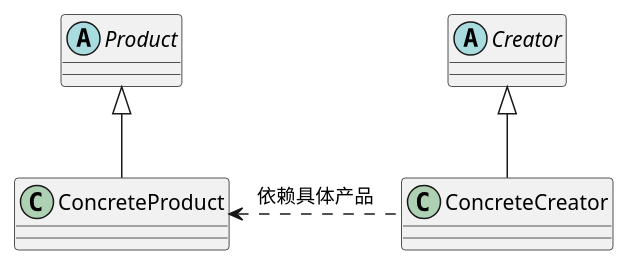
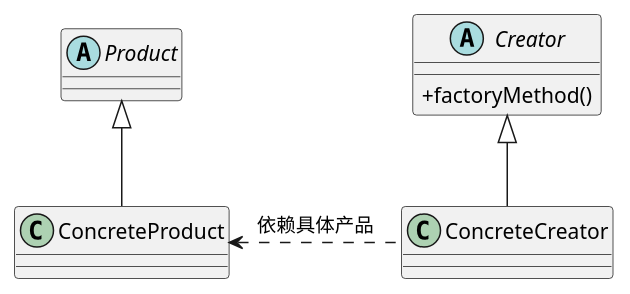
Before and after one commit to gorden5566/demo: the diagram in src/main/java/com/gorden5566/learn/pattern/manual/factory/factoryMethod/factoryMethod.puml, drawn with PlantUML. The commit also changed 1 other file, not shown here.

Commit message:
factory类图

```diff
--- a/src/main/java/com/gorden5566/learn/pattern/manual/factory/factoryMethod/factoryMethod.puml
+++ b/src/main/java/com/gorden5566/learn/pattern/manual/factory/factoryMethod/factoryMethod.puml
@@ -1,14 +1,17 @@
 @startuml
+skinparam classAttributeIconSize 0
 
-abstract class Creator
+abstract class Creator {
+    +factoryMethod()
+}
 abstract class Product
 
 class ConcreteCreator
 class ConcreteProduct
 
 ConcreteCreator -up-|> Creator
 ConcreteProduct -up-|> Product
 
 ConcreteCreator .left.> ConcreteProduct : 依赖具体产品
 
 @enduml
```
